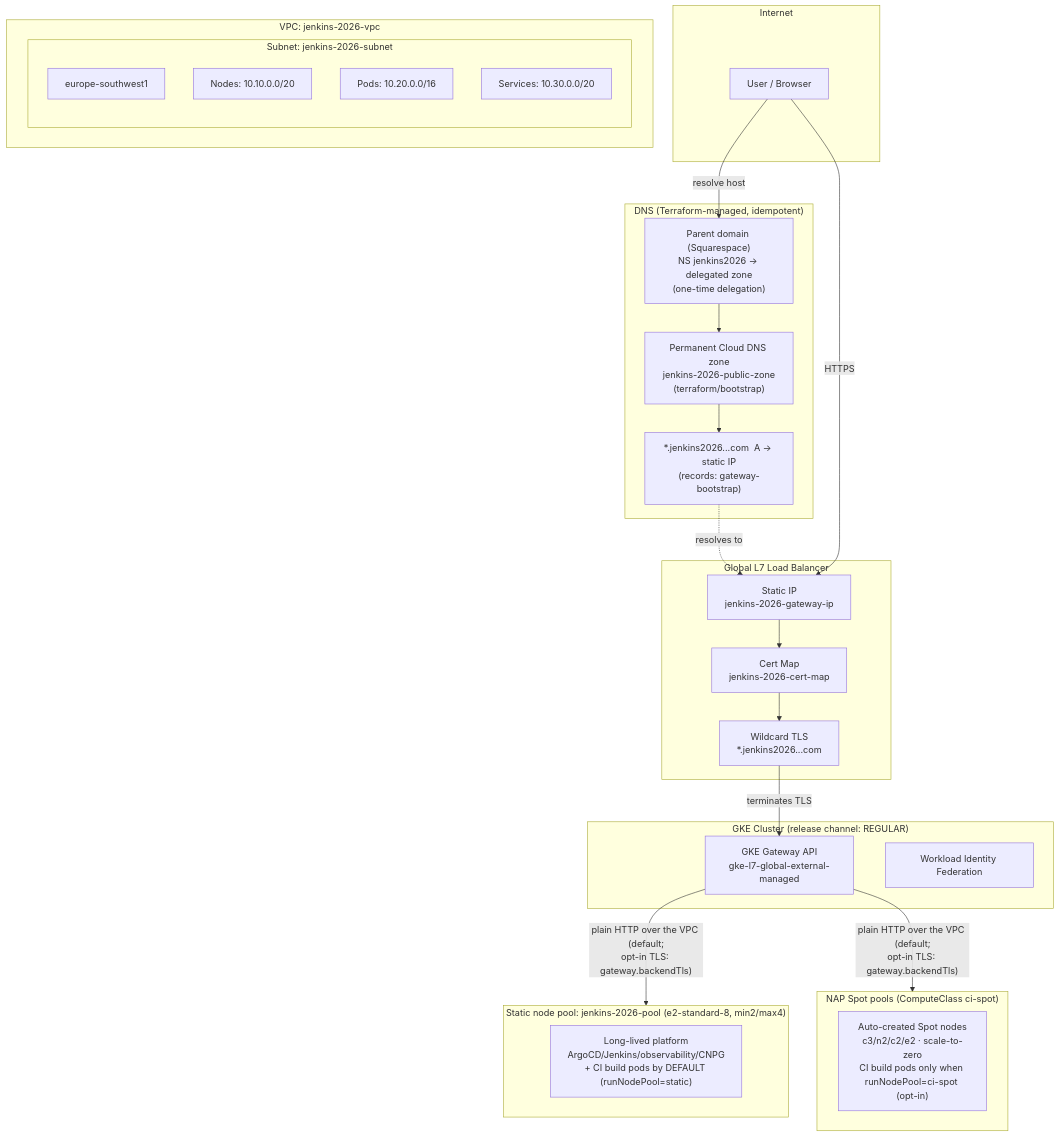
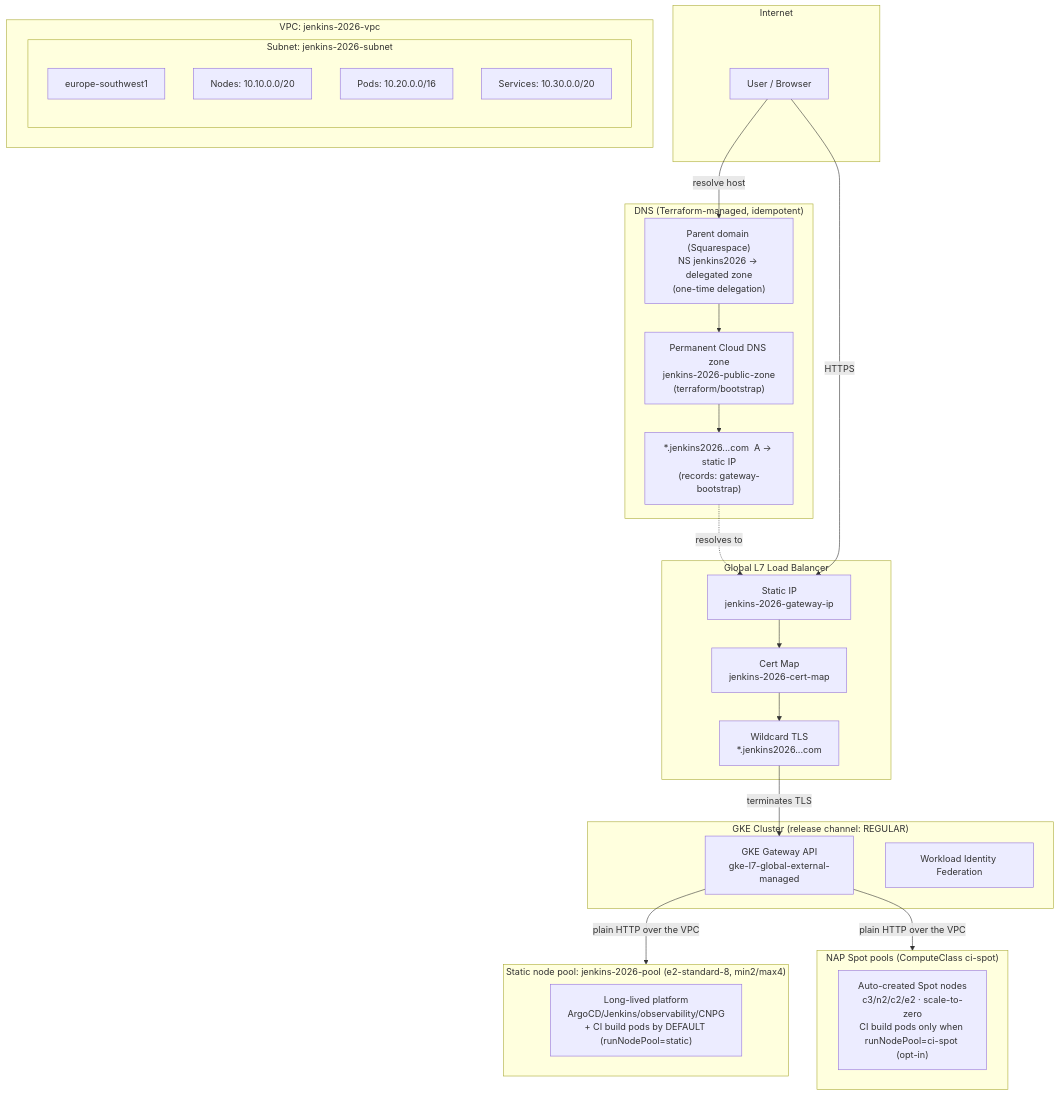
Diagram 11 of 11 in docs/201-ARCHITECTURE.md (nubenetes/jenkins-2026), drawn with Mermaid before and after one commit. The commit also changed other lines of this file and 48 other files, not shown here.

````diff
--- a/docs/201-ARCHITECTURE.md
+++ b/docs/201-ARCHITECTURE.md
@@ -1036,50 +1047,50 @@
 ```mermaid
 graph TD
     subgraph Internet ["Internet"]
         User["User / Browser"]
     end
 
     subgraph DNS ["DNS (Terraform-managed, idempotent)"]
         ParentNS["Parent domain (Squarespace)<br/>NS jenkins2026 → delegated zone<br/>(one-time delegation)"]
         Zone["Permanent Cloud DNS zone<br/>jenkins-2026-public-zone<br/>(terraform/bootstrap)"]
         WildcardA["*.jenkins2026...com  A → static IP<br/>(records: gateway-bootstrap)"]
         ParentNS --> Zone --> WildcardA
     end
 
     subgraph GlobalLB ["Global L7 Load Balancer"]
         StaticIP["Static IP<br>jenkins-2026-gateway-ip"]
         CertMap["Cert Map<br>jenkins-2026-cert-map"]
         WildcardTLS["Wildcard TLS<br>*.jenkins2026...com"]
     end
 
     subgraph VPC ["VPC: jenkins-2026-vpc"]
         subgraph Subnet ["Subnet: jenkins-2026-subnet"]
             SubnetInfo["europe-southwest1"]
             NodeRange["Nodes: 10.10.0.0/20"]
             PodRange["Pods: 10.20.0.0/16"]
             SvcRange["Services: 10.30.0.0/20"]
         end
     end
 
     subgraph Cluster ["GKE Cluster (release channel: REGULAR)"]
         GatewayAPI["GKE Gateway API<br/>gke-l7-global-external-managed"]
         WI["Workload Identity Federation"]
     end
 
     subgraph StaticPool ["Static node pool: jenkins-2026-pool (e2-standard-8, min2/max4)"]
         StaticInfo["Long-lived platform<br/>ArgoCD/Jenkins/observability/CNPG<br/>+ CI build pods by DEFAULT (runNodePool=static)"]
     end
 
     subgraph NAPSpotPool ["NAP Spot pools (ComputeClass ci-spot)"]
         PoolInfo["Auto-created Spot nodes<br/>c3/n2/c2/e2 · scale-to-zero<br/>CI build pods only when runNodePool=ci-spot (opt-in)"]
     end
 
     User -->|"resolve host"| ParentNS
     WildcardA -.->|"resolves to"| StaticIP
     User -->|"HTTPS"| StaticIP
     StaticIP --> CertMap
     CertMap --> WildcardTLS
     WildcardTLS -->|"terminates TLS"| GatewayAPI
-    GatewayAPI -->|"plain HTTP over the VPC (default;<br/>opt-in TLS: gateway.backendTls)"| StaticPool
-    GatewayAPI -->|"plain HTTP over the VPC (default;<br/>opt-in TLS: gateway.backendTls)"| NAPSpotPool
+    GatewayAPI -->|"plain HTTP over the VPC"| StaticPool
+    GatewayAPI -->|"plain HTTP over the VPC"| NAPSpotPool
 ```
````
